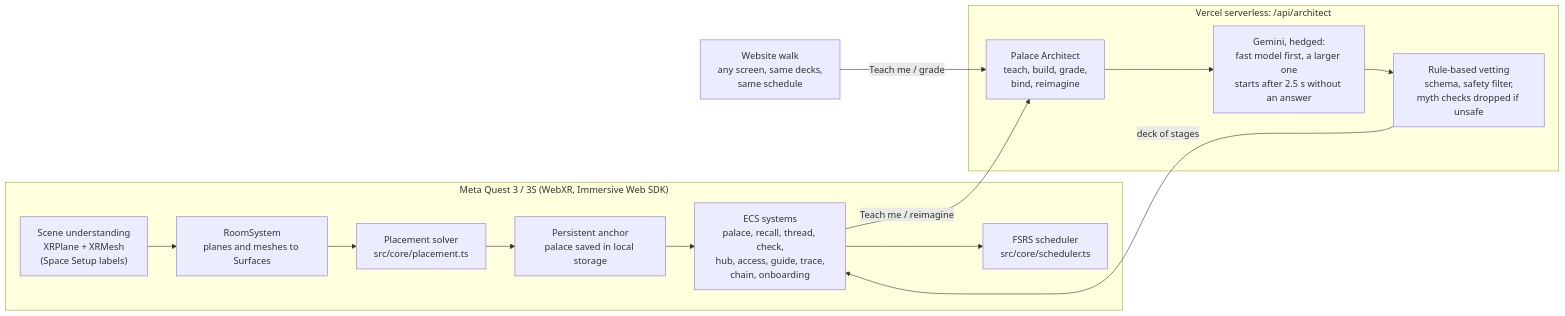
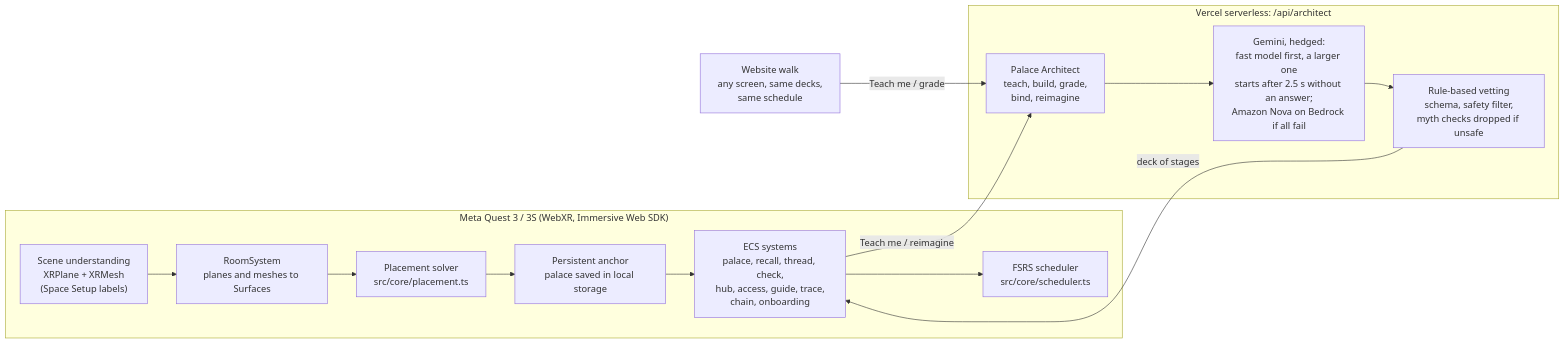
Before and after one commit to apexxx01/loci: the diagram in README.md, drawn with Mermaid. The commit also changed other lines of this file and 6 other files, not shown here.

````diff
--- a/README.md
+++ b/README.md
@@ -54,17 +54,17 @@
 ```mermaid
 flowchart LR
   subgraph Quest["Meta Quest 3 / 3S (WebXR, Immersive Web SDK)"]
     SU["Scene understanding<br/>XRPlane + XRMesh<br/>(Space Setup labels)"] --> RS["RoomSystem<br/>planes and meshes to Surfaces"]
     RS --> PS["Placement solver<br/>src/core/placement.ts"]
     PS --> AN["Persistent anchor<br/>palace saved in local storage"]
     AN --> ECS["ECS systems<br/>palace, recall, thread, check,<br/>hub, access, guide, trace,<br/>chain, onboarding"]
     ECS --> FS["FSRS scheduler<br/>src/core/scheduler.ts"]
   end
   subgraph Vercel["Vercel serverless: /api/architect"]
-    AR["Palace Architect<br/>teach, build, grade,<br/>bind, reimagine"] --> GM["Gemini, hedged:<br/>fast model first, a larger one<br/>starts after 2.5 s without an answer"]
+    AR["Palace Architect<br/>teach, build, grade,<br/>bind, reimagine"] --> GM["Gemini, hedged:<br/>fast model first, a larger one<br/>starts after 2.5 s without an answer;<br/>Amazon Nova on Bedrock if all fail"]
     GM --> VET["Rule-based vetting<br/>schema, safety filter,<br/>myth checks dropped if unsafe"]
   end
   ECS -- "Teach me / reimagine" --> AR
   VET -- "deck of stages" --> ECS
   WEB["Website walk<br/>any screen, same decks,<br/>same schedule"] -- "Teach me / grade" --> AR
 ```
````
